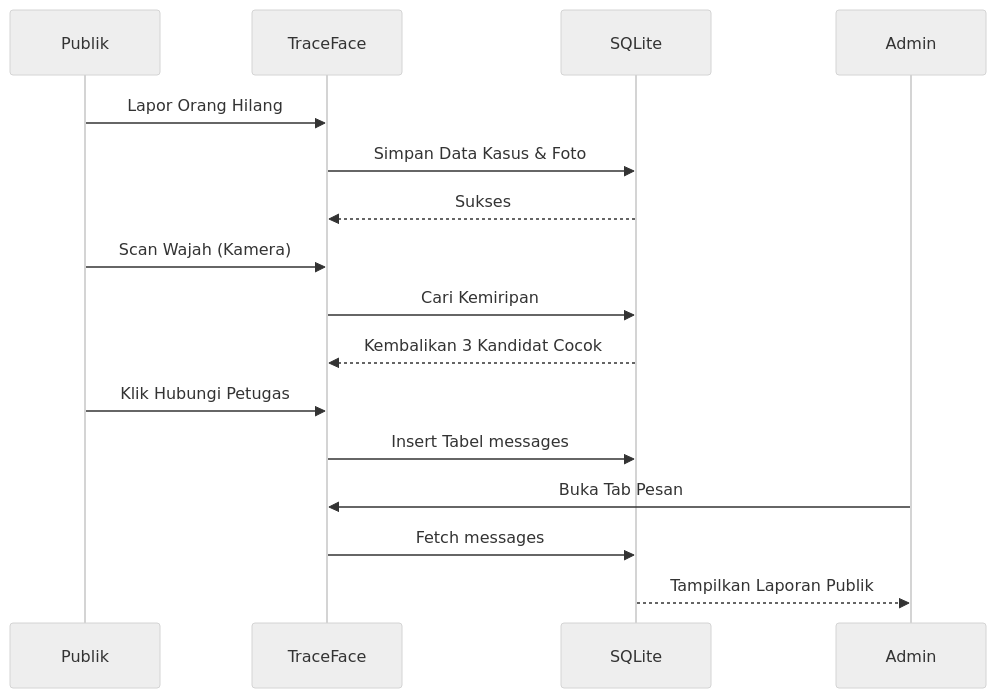
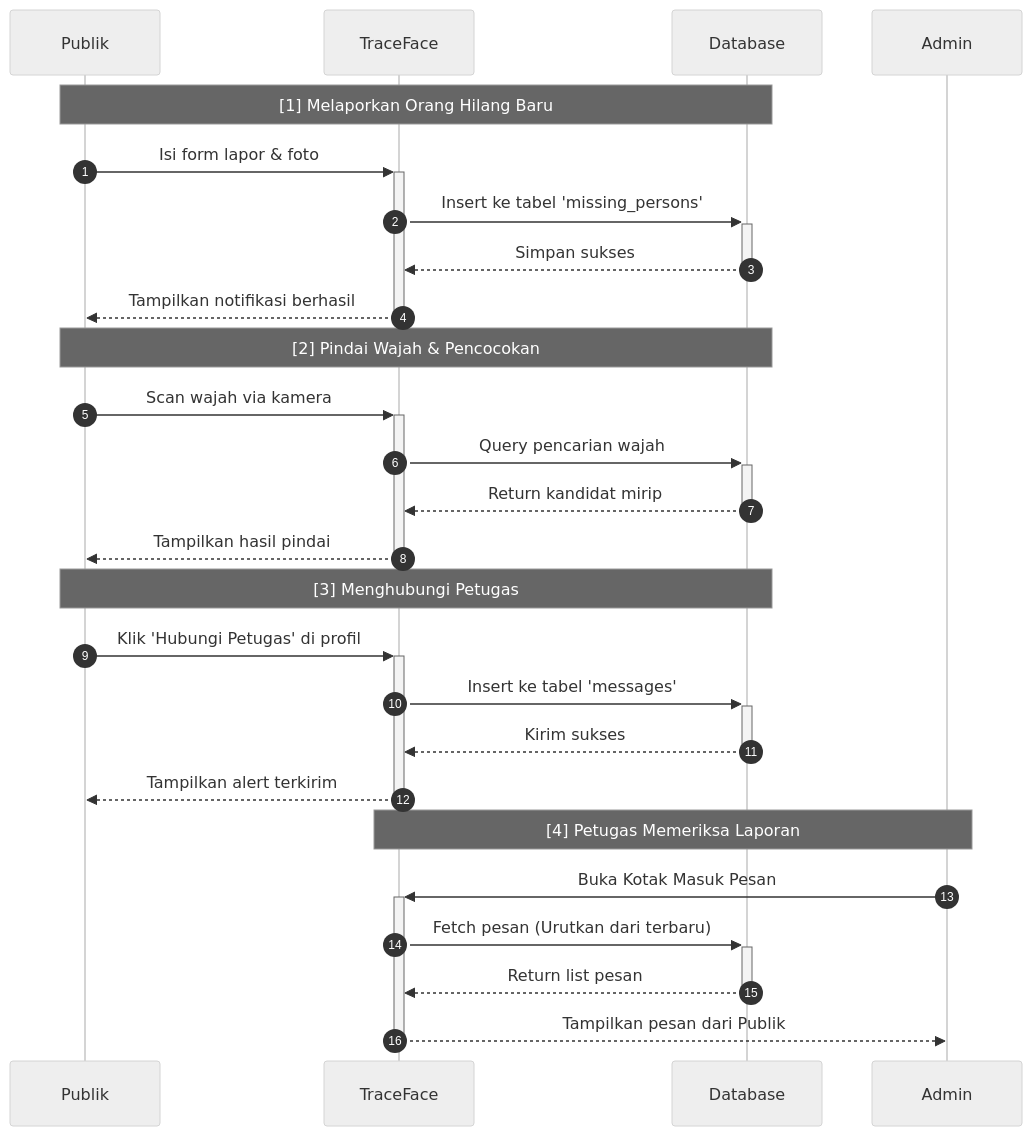
Before and after one commit to alfaragatak87/traceface: the second of 2 diagrams in README.md, drawn with Mermaid (neutral theme).

Commit message:
Docs: perbaiki detail dan estetika diagram sequence alur aplikasi

````diff
--- a/README.md
+++ b/README.md
@@ -92,22 +92,32 @@
 ```mermaid
 sequenceDiagram
+    autonumber
     participant Publik
     participant TraceFace
-    participant SQLite
+    participant Database
     participant Admin
-    
-    Publik->>TraceFace: Lapor Orang Hilang
-    TraceFace->>SQLite: Simpan Data Kasus & Foto
-    SQLite-->>TraceFace: Sukses
-    
-    Publik->>TraceFace: Scan Wajah (Kamera)
-    TraceFace->>SQLite: Cari Kemiripan
-    SQLite-->>TraceFace: Kembalikan 3 Kandidat Cocok
-    
-    Publik->>TraceFace: Klik Hubungi Petugas
-    TraceFace->>SQLite: Insert Tabel messages
-    
-    Admin->>TraceFace: Buka Tab Pesan
-    TraceFace->>SQLite: Fetch messages
-    SQLite-->>Admin: Tampilkan Laporan Publik
+
+    Note over Publik,Database: [1] Melaporkan Orang Hilang Baru
+    Publik->>+TraceFace: Isi form lapor & foto
+    TraceFace->>+Database: Insert ke tabel 'missing_persons'
+    Database-->>-TraceFace: Simpan sukses
+    TraceFace-->>-Publik: Tampilkan notifikasi berhasil
+
+    Note over Publik,Database: [2] Pindai Wajah & Pencocokan
+    Publik->>+TraceFace: Scan wajah via kamera
+    TraceFace->>+Database: Query pencarian wajah
+    Database-->>-TraceFace: Return kandidat mirip
+    TraceFace-->>-Publik: Tampilkan hasil pindai
+
+    Note over Publik,Database: [3] Menghubungi Petugas
+    Publik->>+TraceFace: Klik 'Hubungi Petugas' di profil
+    TraceFace->>+Database: Insert ke tabel 'messages'
+    Database-->>-TraceFace: Kirim sukses
+    TraceFace-->>-Publik: Tampilkan alert terkirim
+
+    Note over TraceFace,Admin: [4] Petugas Memeriksa Laporan
+    Admin->>+TraceFace: Buka Kotak Masuk Pesan
+    TraceFace->>+Database: Fetch pesan (Urutkan dari terbaru)
+    Database-->>-TraceFace: Return list pesan
+    TraceFace-->>-Admin: Tampilkan pesan dari Publik
 ```
````
